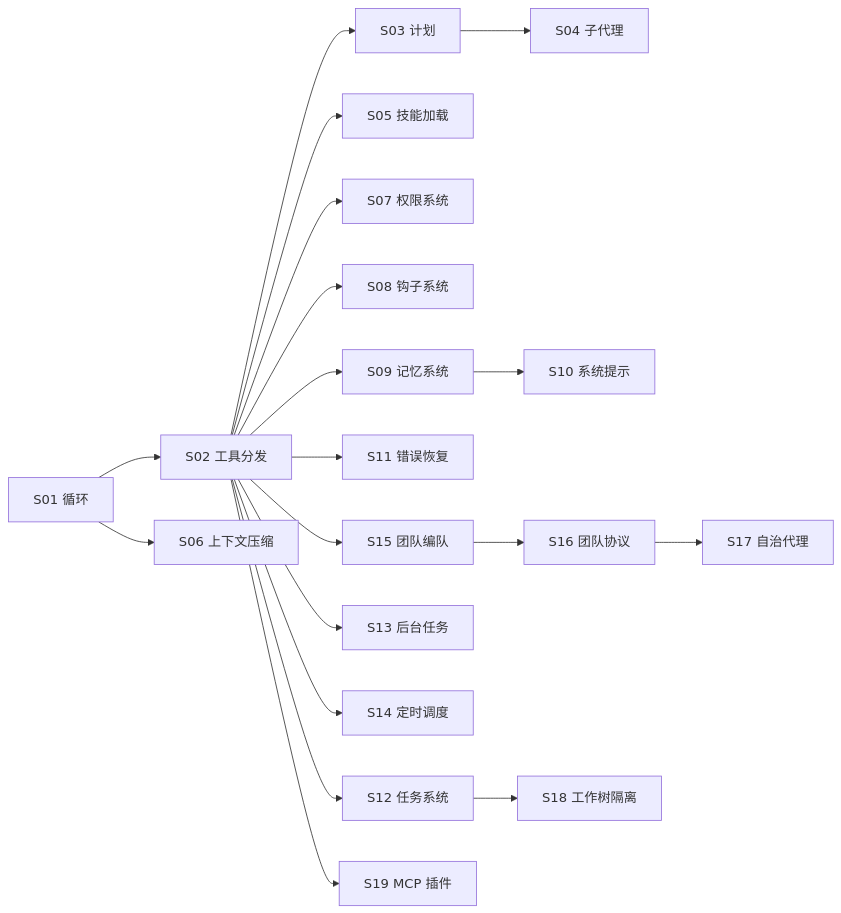
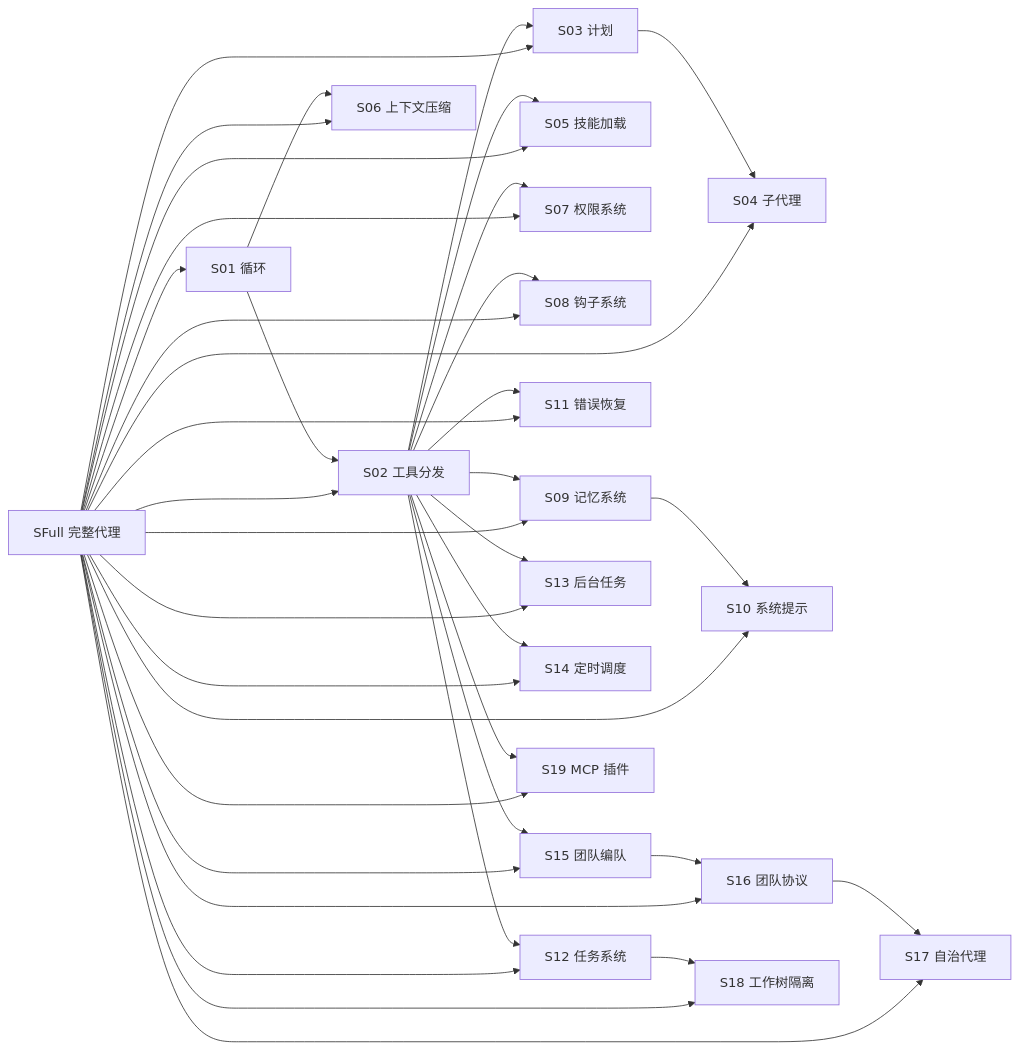
Before and after one commit to zhaojunyi0016/learn-harness: the fourth of 4 diagrams in .qoder/repowiki/zh/content/代理模块系列/代理模块系列.md, drawn with Mermaid. The commit also changed other lines of this file and 5 other files, not shown here.

````diff
--- a/.qoder/repowiki/zh/content/代理模块系列/代理模块系列.md
+++ b/.qoder/repowiki/zh/content/代理模块系列/代理模块系列.md
@@ -373,21 +406,40 @@
 ```mermaid
 graph LR
 S01["S01 循环"] --> S02["S02 工具分发"]
 S02 --> S03["S03 计划"]
 S03 --> S04["S04 子代理"]
 S02 --> S05["S05 技能加载"]
 S01 --> S06["S06 上下文压缩"]
 S02 --> S07["S07 权限系统"]
 S02 --> S08["S08 钩子系统"]
 S02 --> S09["S09 记忆系统"]
 S09 --> S10["S10 系统提示"]
 S02 --> S11["S11 错误恢复"]
 S02 --> S12["S12 任务系统"]
 S02 --> S13["S13 后台任务"]
 S02 --> S14["S14 定时调度"]
 S02 --> S15["S15 团队编队"]
 S15 --> S16["S16 团队协议"]
 S16 --> S17["S17 自治代理"]
 S12 --> S18["S18 工作树隔离"]
 S02 --> S19["S19 MCP 插件"]
+SFull["SFull 完整代理"] --> S01
+SFull --> S02
+SFull --> S03
+SFull --> S04
+SFull --> S05
+SFull --> S06
+SFull --> S07
+SFull --> S08
+SFull --> S09
+SFull --> S10
+SFull --> S11
+SFull --> S12
+SFull --> S13
+SFull --> S14
+SFull --> S15
+SFull --> S16
+SFull --> S17
+SFull --> S18
+SFull --> S19
 ```
````
